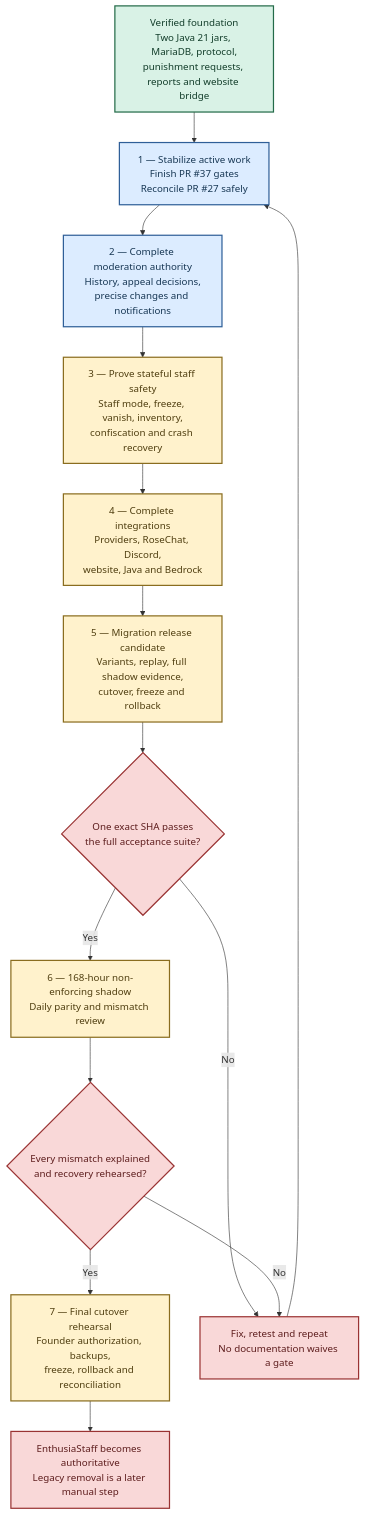
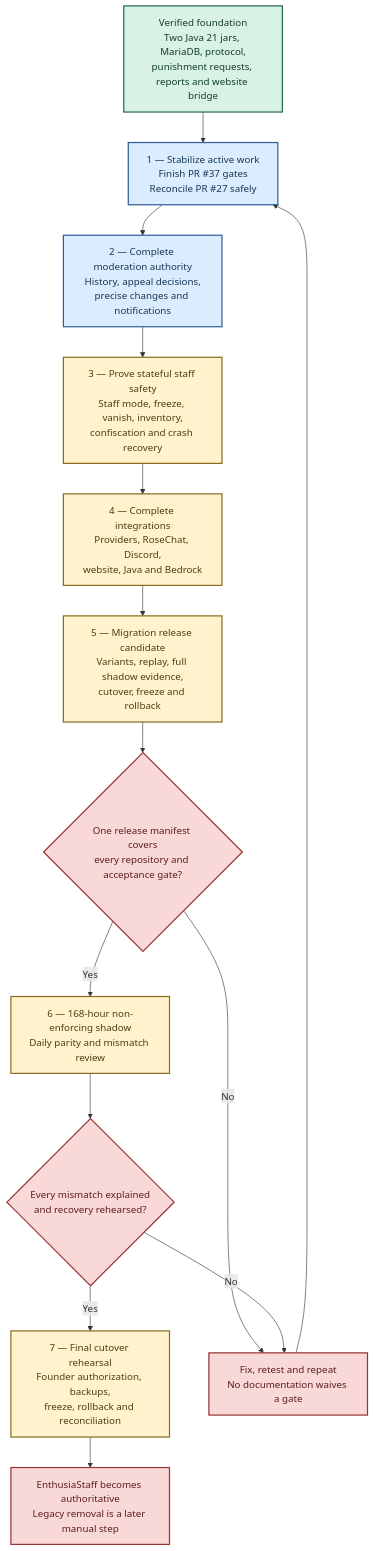
Before and after one commit to wsg138/EnthusiaStaff: the diagram in docs/wiki/pages/Development-Blueprint.md, drawn with Mermaid. The commit also changed other lines of this file, not shown here.

Commit message:
Clarify Wiki release manifest evidence

````diff
--- a/docs/wiki/pages/Development-Blueprint.md
+++ b/docs/wiki/pages/Development-Blueprint.md
@@ -35,31 +35,31 @@
 ```mermaid
 flowchart TD
     A["Verified foundation<br/>Two Java 21 jars, MariaDB, protocol,<br/>punishment requests, reports and website bridge"]
     B["1 — Stabilize active work<br/>Finish PR #37 gates<br/>Reconcile PR #27 safely"]
     C["2 — Complete moderation authority<br/>History, appeal decisions,<br/>precise changes and notifications"]
     D["3 — Prove stateful staff safety<br/>Staff mode, freeze, vanish, inventory,<br/>confiscation and crash recovery"]
     E["4 — Complete integrations<br/>Providers, RoseChat, Discord,<br/>website, Java and Bedrock"]
     F["5 — Migration release candidate<br/>Variants, replay, full shadow evidence,<br/>cutover, freeze and rollback"]
-    G{"One exact SHA passes<br/>the full acceptance suite?"}
+    G{"One release manifest covers<br/>every repository and acceptance gate?"}
     H["6 — 168-hour non-enforcing shadow<br/>Daily parity and mismatch review"]
     I{"Every mismatch explained<br/>and recovery rehearsed?"}
     J["7 — Final cutover rehearsal<br/>Founder authorization, backups,<br/>freeze, rollback and reconciliation"]
     K["EnthusiaStaff becomes authoritative<br/>Legacy removal is a later manual step"]
     R["Fix, retest and repeat<br/>No documentation waives a gate"]
 
     A --> B --> C --> D --> E --> F --> G
     G -- No --> R --> B
     G -- Yes --> H --> I
     I -- No --> R
     I -- Yes --> J --> K
 
     classDef tested fill:#d9f2e6,stroke:#246b49,color:#123d2a,stroke-width:2px;
     classDef active fill:#dcecff,stroke:#2f5f98,color:#173754,stroke-width:2px;
     classDef future fill:#fff2cc,stroke:#8a6d1f,color:#4f3e10,stroke-width:2px;
     classDef gate fill:#f9d8d8,stroke:#9a3333,color:#5d1d1d,stroke-width:2px;
 
     class A tested;
     class B,C active;
     class D,E,F,H,J future;
     class G,I,K,R gate;
 ```
````
